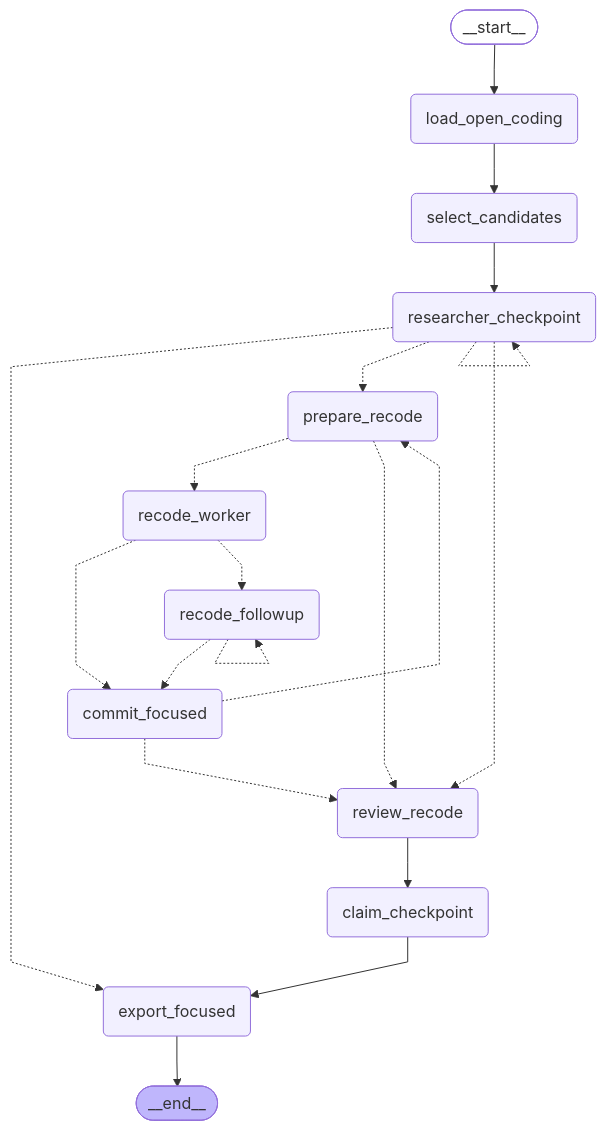
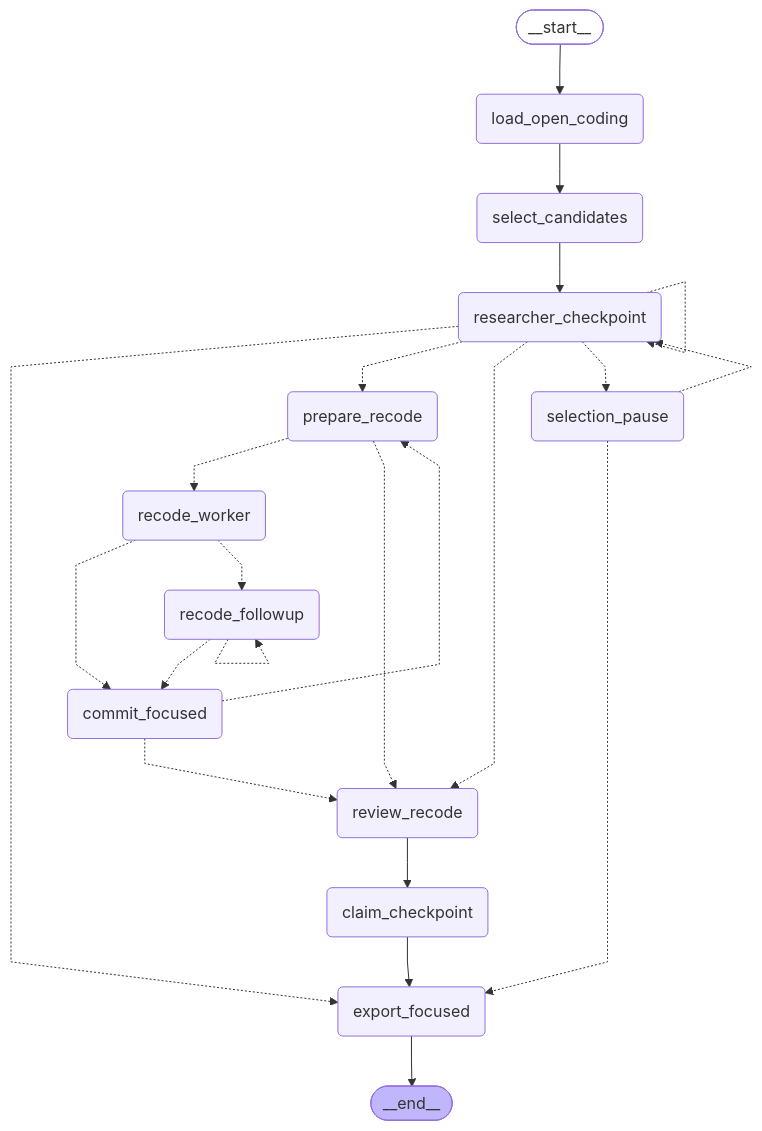
Before and after one commit to davidscassell/automated-grounded-theory: the second of 5 diagrams in README.md, drawn with Mermaid. The commit also changed other lines of this file and 63 other files, not shown here.

````diff
--- a/README.md
+++ b/README.md
@@ -109,41 +109,45 @@
 ```mermaid
 ---
 config:
   flowchart:
     curve: linear
 ---
 graph TD;
 	__start__([<p>__start__</p>]):::first
 	load_open_coding(load_open_coding)
 	select_candidates(select_candidates)
 	researcher_checkpoint(researcher_checkpoint)
 	prepare_recode(prepare_recode)
 	recode_worker(recode_worker)
 	recode_followup(recode_followup)
 	commit_focused(commit_focused)
 	review_recode(review_recode)
 	claim_checkpoint(claim_checkpoint)
+	selection_pause(selection_pause)
 	export_focused(export_focused)
 	__end__([<p>__end__</p>]):::last
 	__start__ --> load_open_coding;
 	claim_checkpoint --> export_focused;
 	commit_focused -.-> prepare_recode;
 	commit_focused -.-> review_recode;
 	load_open_coding --> select_candidates;
 	prepare_recode -.-> recode_worker;
 	prepare_recode -.-> review_recode;
 	recode_followup -.-> commit_focused;
 	recode_worker -.-> commit_focused;
 	recode_worker -.-> recode_followup;
 	researcher_checkpoint -.-> export_focused;
 	researcher_checkpoint -.-> prepare_recode;
 	researcher_checkpoint -.-> review_recode;
+	researcher_checkpoint -.-> selection_pause;
 	review_recode --> claim_checkpoint;
 	select_candidates --> researcher_checkpoint;
+	selection_pause -.-> export_focused;
+	selection_pause -.-> researcher_checkpoint;
 	export_focused --> __end__;
 	recode_followup -.-> recode_followup;
 	researcher_checkpoint -.-> researcher_checkpoint;
 	classDef default fill:#f2f0ff,line-height:1.2
 	classDef first fill-opacity:0
 	classDef last fill:#bfb6fc
 ```
````
